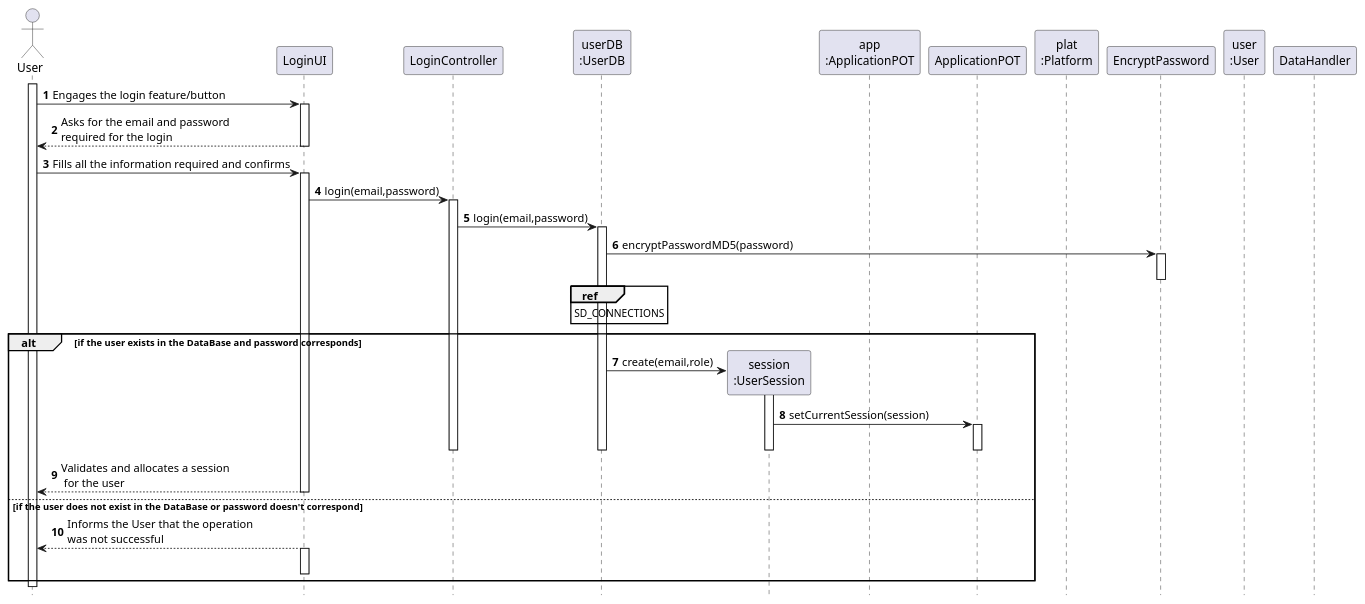
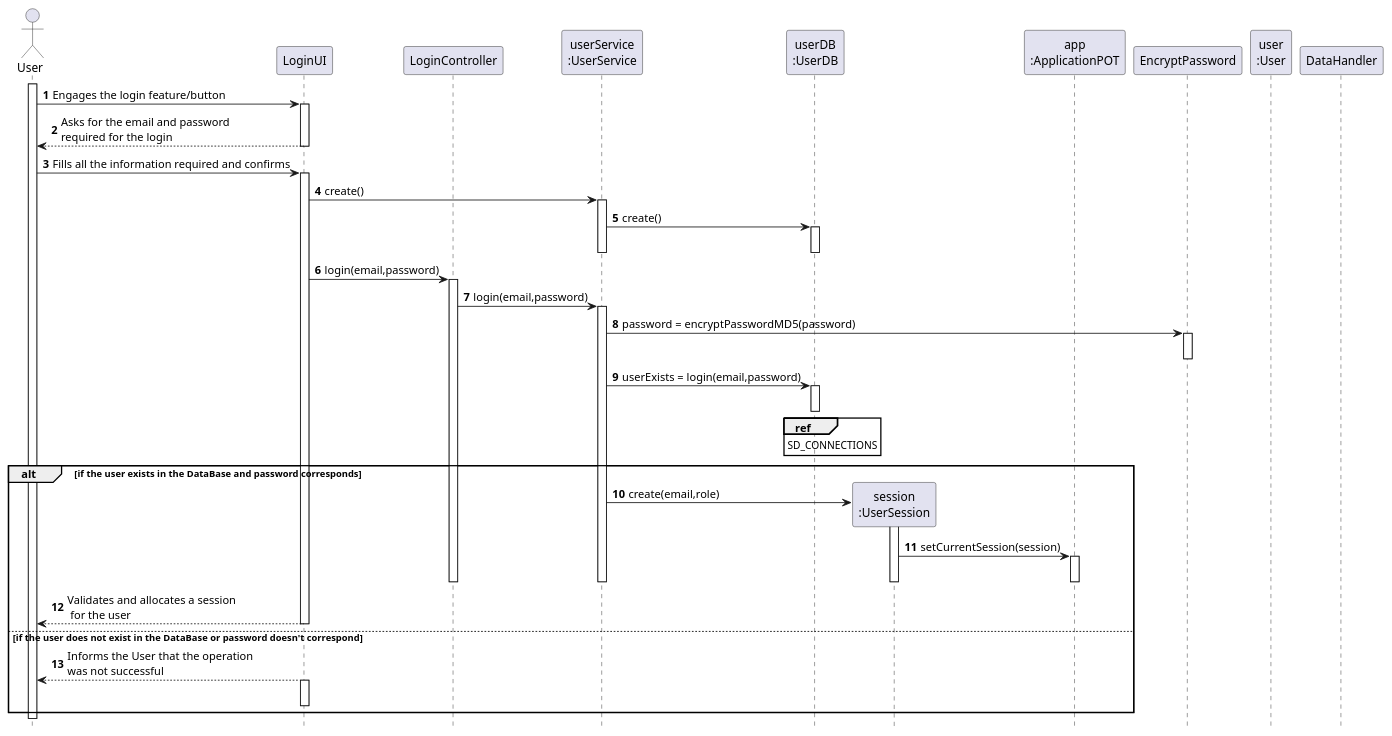
One commit to tiagoavcosta25/LAPR3 changed the diagram in docs/Iteration 2/User Management/Refinement/US67_Login/US67_SD.puml. Above: the diagram before and after it, drawn with PlantUML. The commit also changed 10 other files, not shown here.

```diff
--- a/docs/Iteration 2/User Management/Refinement/US67_Login/US67_SD.puml
+++ b/docs/Iteration 2/User Management/Refinement/US67_Login/US67_SD.puml
@@ -1,91 +1,94 @@
 @startuml
 autonumber
 hide footbox
 
 actor "User" as U
 
 participant "LoginUI" as UI
 participant "LoginController" as CTRL
 
 
+participant "userService\n:UserService" as US
 participant "userDB\n:UserDB" as UREG
 
 participant "session\n:UserSession" as SES
-participant "app\n:ApplicationPOT" as APP
-participant "ApplicationPOT" as _APP
-participant "plat\n:Platform" as PLAT
+participant "app\n:ApplicationPOT" as _APP
 participant "EncryptPassword" as EP
 participant "user\n:User" as USER
 
 
 
 participant "DataHandler" as DH
 
 activate U
 
 U -> UI : Engages the login feature/button
 activate UI
 UI --> U : Asks for the email and password\nrequired for the login
 deactivate UI
 
 U -> UI : Fills all the information required and confirms
 activate UI
 
+UI -> US : create()
+activate US
+US -> UREG : create()
+activate UREG
+deactivate UREG
+deactivate US
 UI -> CTRL : login(email,password)
 activate CTRL
 
 
 
-CTRL -> UREG : login(email,password)
+CTRL -> US : login(email,password)
+activate US
+US -> EP : password = encryptPasswordMD5(password)
+activate EP
+deactivate EP
+US -> UREG : userExists = login(email,password)
+
 activate UREG
 
-
-
-
-
-
-
-
-
-
-UREG -> EP : encryptPasswordMD5(password)
-activate EP
-deactivate EP
-
+deactivate UREG
 ref over UREG
 SD_CONNECTIONS
 end ref
 
 
+
 alt if the user exists in the DataBase and password corresponds
-UREG -> SES** : create(email,role)
+
+US -> SES** : create(email,role)
+
 activate SES
 SES -> _APP : setCurrentSession(session)
 activate _APP
 deactivate SES
+deactivate US
 
 
 deactivate _APP
 
 deactivate UREG
 
 
 deactivate CTRL
 
 UI --> U : Validates and allocates a session\n for the user
 deactivate UI
 
 else if the user does not exist in the DataBase or password doesn't correspond
 
 
 
 
 
 UI --> U : Informs the User that the operation\nwas not successful
 activate UI
 deactivate UI
 
 end
 
 deactivate U
 @enduml
```
